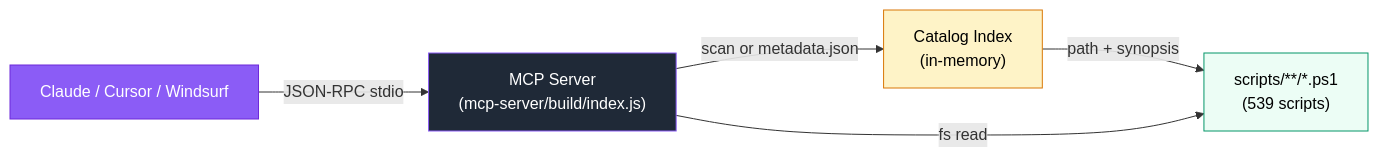
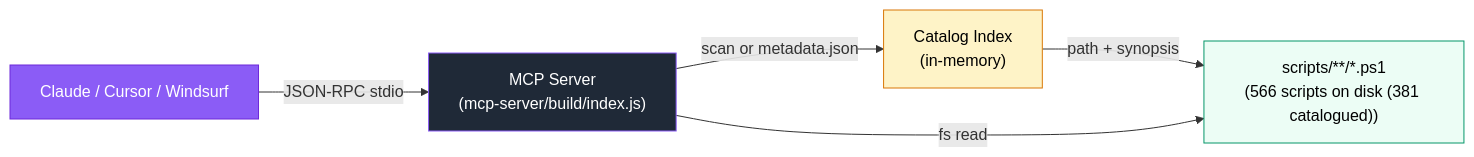
Before and after one commit to Carme99/bug-free-umbrella: the diagram in docs/MCP-Server.md, drawn with Mermaid. The commit also changed other lines of this file and 1167 other files, not shown here.

````diff
--- a/docs/MCP-Server.md
+++ b/docs/MCP-Server.md
@@ -22,12 +22,12 @@
 ```mermaid
 flowchart LR
     Claude["Claude / Cursor / Windsurf"] -->|JSON-RPC stdio| MCP["MCP Server<br/>(mcp-server/build/index.js)"]
     MCP -->|scan or metadata.json| Catalog["Catalog Index<br/>(in-memory)"]
-    Catalog -->|path + synopsis| Scripts["scripts/**/*.ps1<br/>(539 scripts)"]
+    Catalog -->|path + synopsis| Scripts["scripts/**/*.ps1<br/>(566 scripts on disk (381 catalogued))"]
     MCP -->|fs read| Scripts
 
     style Claude fill:#8B5CF6,stroke:#6D28D9,color:#fff
     style MCP fill:#1F2937,stroke:#8B5CF6,color:#fff
     style Catalog fill:#FEF3C7,stroke:#D97706,color:#000
     style Scripts fill:#ECFDF5,stroke:#059669,color:#000
 ```
````
